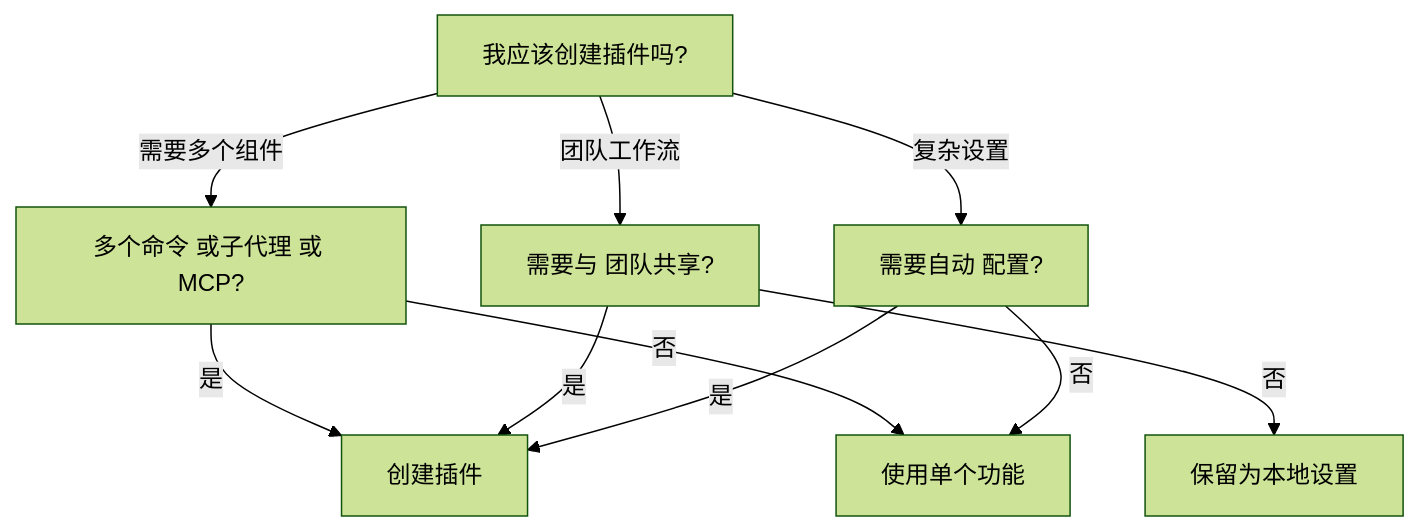
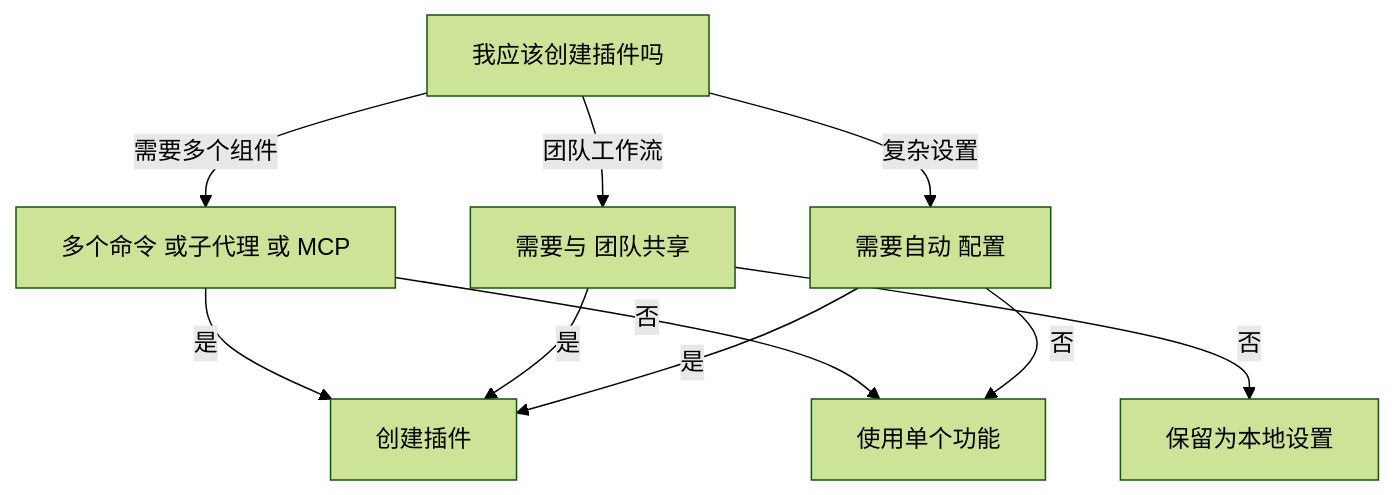
Before and after one commit to Rx782-Fss/claude-howto-zh: diagram 26 of 31 in claude-howto-zh/claude_concepts_guide.md, drawn with Mermaid (forest theme). The commit also changed other lines of this file and 6 other files, not shown here.

First line of the commit message:
fix: 清除 Mermaid 节点/消息中的问号(?)导致GitHub渲染失败

````diff
--- a/claude-howto-zh/claude_concepts_guide.md
+++ b/claude-howto-zh/claude_concepts_guide.md
@@ -2483,13 +2483,13 @@
 ```mermaid
 graph TD
-    A["我应该创建插件吗?"]
-    A -->|需要多个组件| B["多个命令 或子代理 或 MCP?"]
+    A["我应该创建插件吗"]
+    A -->|需要多个组件| B["多个命令 或子代理 或 MCP"]
     B -->|是| C[" 创建插件"]
     B -->|否| D["使用单个功能"]
-    A -->|团队工作流| E["需要与 团队共享?"]
+    A -->|团队工作流| E["需要与 团队共享"]
     E -->|是| C
     E -->|否| F["保留为本地设置"]
-    A -->|复杂设置| G["需要自动 配置?"]
+    A -->|复杂设置| G["需要自动 配置"]
     G -->|是| C
     G -->|否| D
 ```
````
